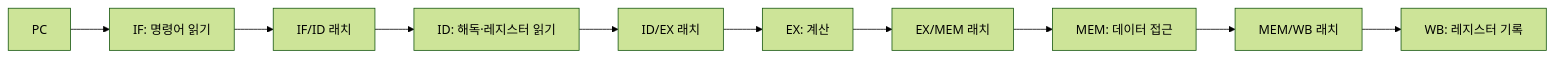
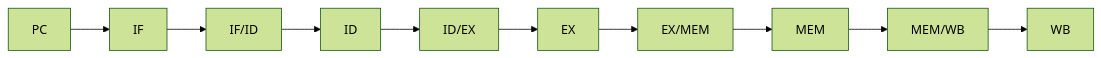
Before and after one commit to mj006648/netai-devsecops-runbook: the diagram in learning/computer-architecture/04-pipelines-hazards-and-forwarding.md, drawn with Mermaid (forest theme). The commit also changed other lines of this file and 165 other files, not shown here.

````diff
--- a/learning/computer-architecture/04-pipelines-hazards-and-forwarding.md
+++ b/learning/computer-architecture/04-pipelines-hazards-and-forwarding.md
@@ -30,12 +35,12 @@
-```mermaid
+~~~mermaid
 flowchart LR
-  PC[PC] --> IF[IF: 명령어 읽기]
-  IF --> L1[IF/ID 래치]
-  L1 --> ID[ID: 해독·레지스터 읽기]
-  ID --> L2[ID/EX 래치]
-  L2 --> EX[EX: 계산]
-  EX --> L3[EX/MEM 래치]
-  L3 --> MEM[MEM: 데이터 접근]
-  MEM --> L4[MEM/WB 래치]
-  L4 --> WB[WB: 레지스터 기록]
-```
+ P[PC] --> IF[IF]
+ IF --> A[IF/ID]
+ A --> ID[ID]
+ ID --> B[ID/EX]
+ B --> EX[EX]
+ EX --> C[EX/MEM]
+ C --> MEM[MEM]
+ MEM --> D[MEM/WB]
+ D --> WB[WB]
+~~~
````
